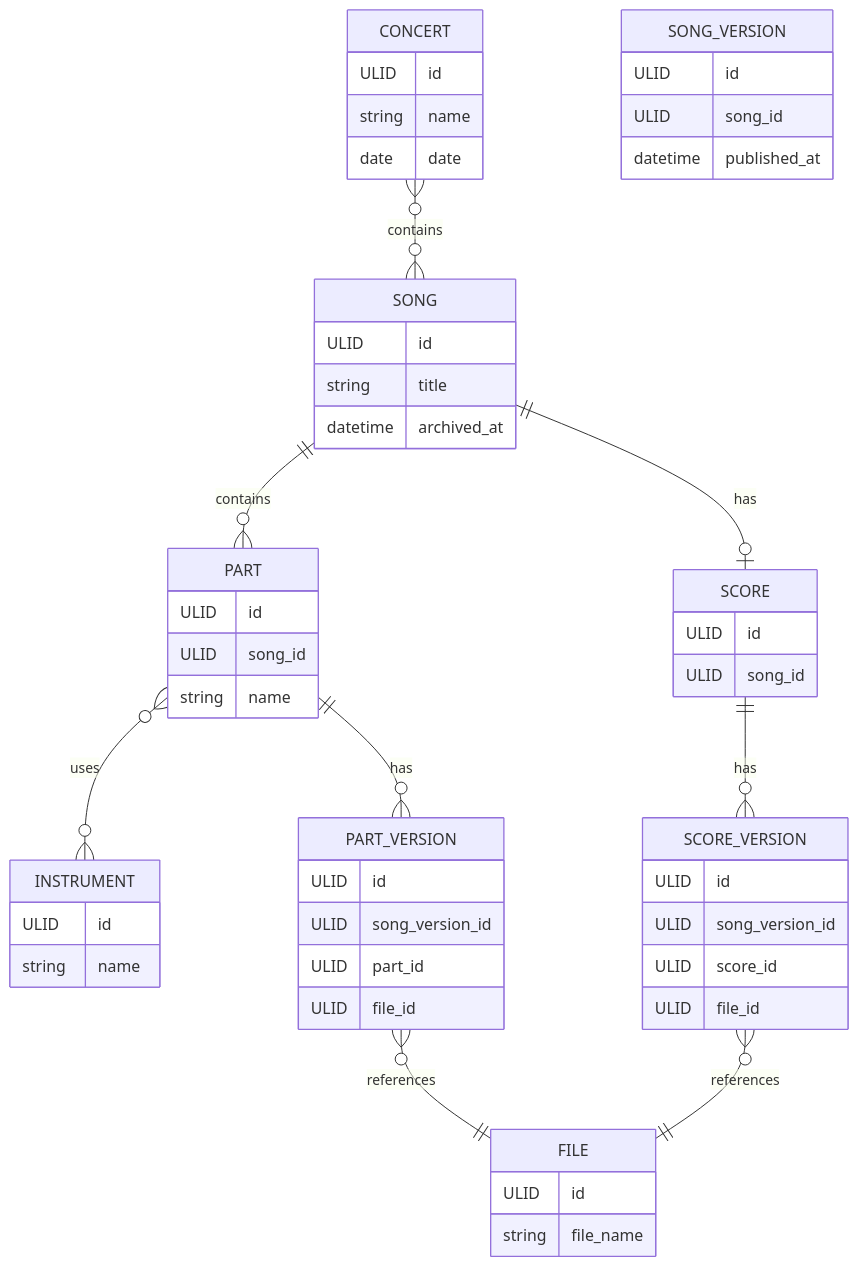
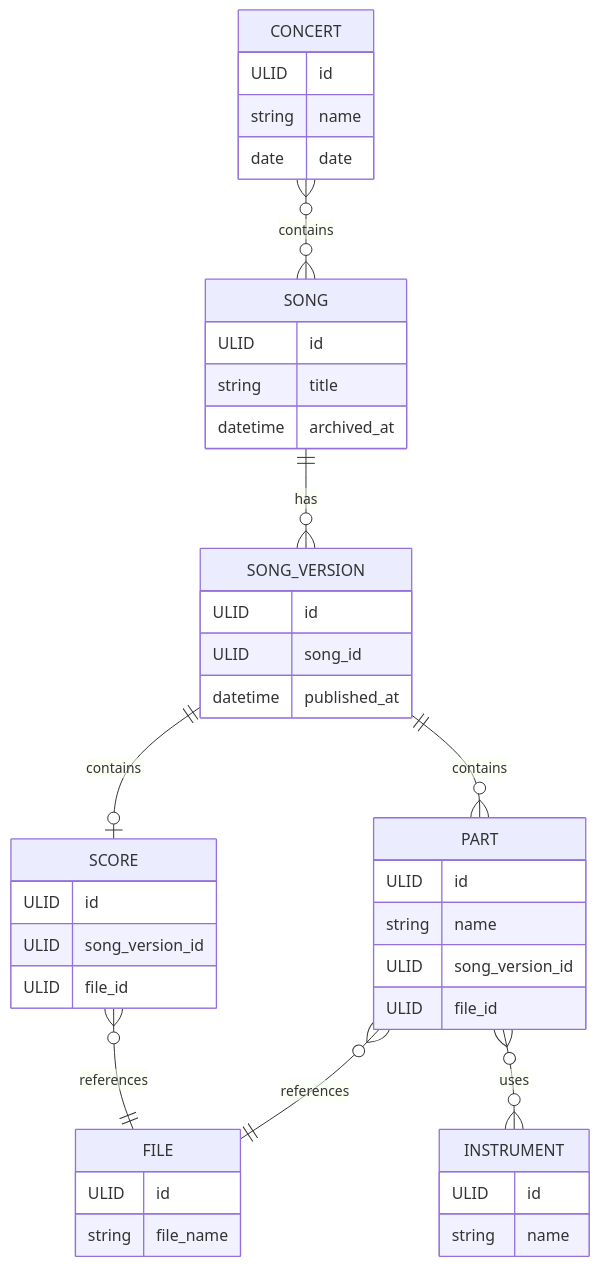
One commit to erikdsp/notbibliotek changed the diagram in docs/domain-model.md. Above: the diagram before and after it, drawn with Mermaid. The commit also changed other lines of this file and 3 other files, not shown here.

````diff
--- a/docs/domain-model.md
+++ b/docs/domain-model.md
@@ -3,64 +3,51 @@
 ```mermaid
 erDiagram
-    SONG ||--o| SCORE : has
-    SONG ||--o{ PART : contains
+    SONG ||--o{ SONG_VERSION : has
+    SONG_VERSION ||--o| SCORE : contains
+    SONG_VERSION ||--o{ PART : contains
+    SCORE }o--|| FILE : references
+    PART }o--|| FILE : references
     PART }o--o{ INSTRUMENT : uses
-    PART ||--o{ PART_VERSION : has
-    SCORE ||--o{ SCORE_VERSION : has
-    PART_VERSION }o--|| FILE : references
-    SCORE_VERSION }o--|| FILE : references
     CONCERT }o--o{ SONG : contains
 
     SONG {
         ULID id
         string title
         datetime archived_at
     }
 
-    SCORE {
-        ULID id
-        ULID song_id
-    }
-
-    PART {
-        ULID id
-        ULID song_id
-        string name
-    }
-
-    INSTRUMENT {
-        ULID id
-        string name
-    }
-
     SONG_VERSION {
         ULID id
         ULID song_id
         datetime published_at
     }
 
-    PART_VERSION {
+    SCORE {
         ULID id
         ULID song_version_id
-        ULID part_id
         ULID file_id
     }
 
-    SCORE_VERSION {
+    PART {
         ULID id
+        string name
         ULID song_version_id
-        ULID score_id
         ULID file_id
+    }
+
+    INSTRUMENT {
+        ULID id
+        string name
     }
 
     FILE {
         ULID id
         string file_name
     }
 
     CONCERT {
         ULID id
         string name
         date date
     }
 ```
````
